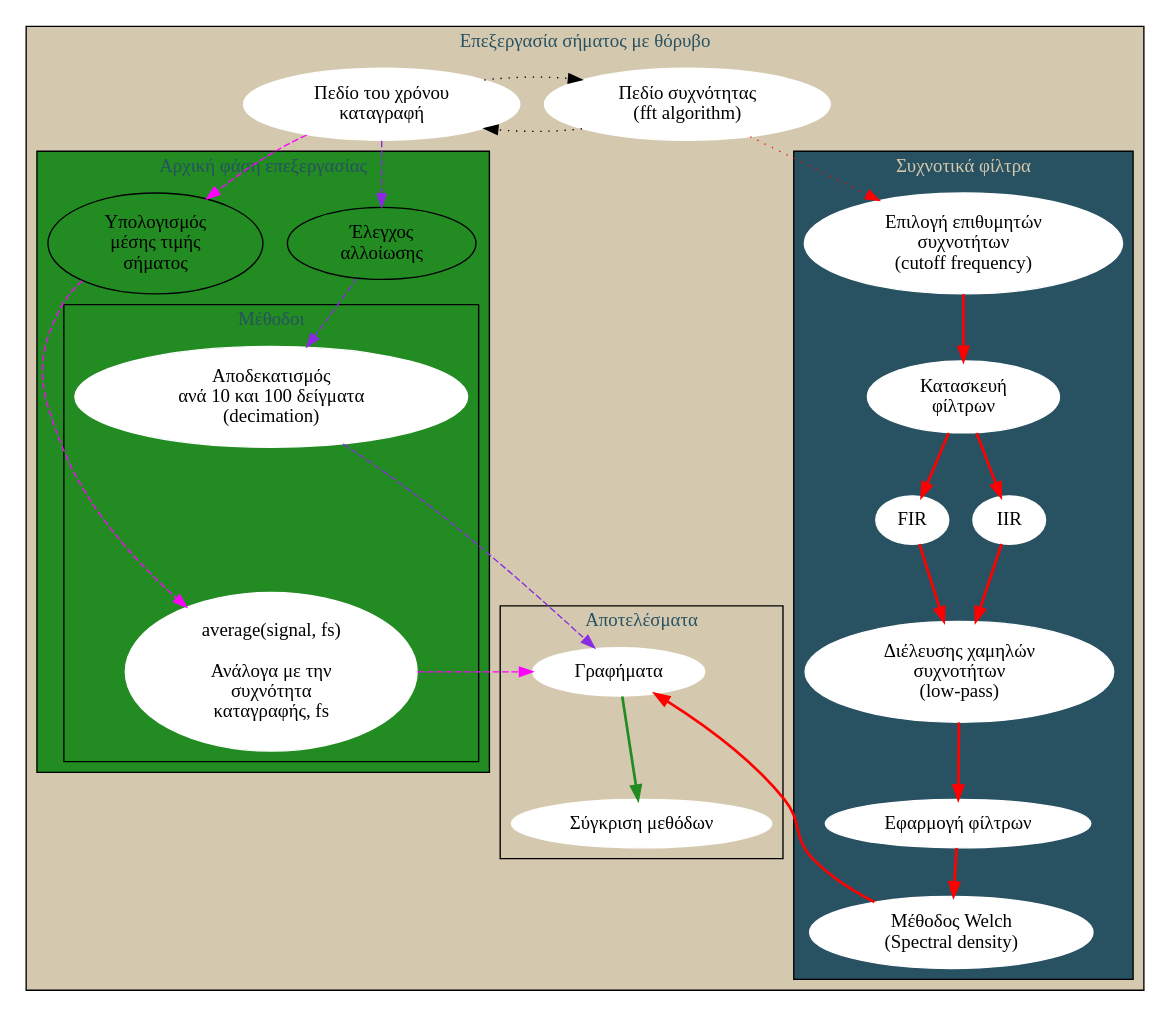
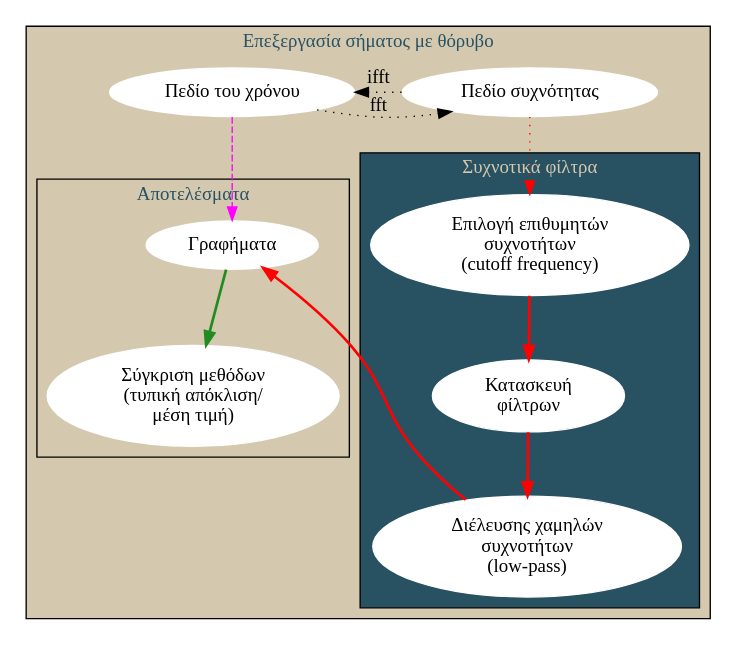
The third of 3 diagrams in diss-docs/main_doc/main_doc.org (hmu-mech-npap/diss.tn.doc), drawn with Graphviz before and after one commit. The commit also changed other lines of this file and 3 other files, not shown here.

```diff
--- a/diss-docs/main_doc/main_doc.org
+++ b/diss-docs/main_doc/main_doc.org
@@ -1467,8 +1467,8 @@
     compound=true;
     // root of operations
     // filt [label="Απομείωση θορυβου"]
-    aliasing [label="Έλεγχος \n αλλοίωσης"]
-    averg [label="Υπολογισμός \n μέσης τιμής \n σήματος"]
+    //  aliasing [label="Έλεγχος \n αλλοίωσης"]
+    //  averg [label="Υπολογισμός \n μέσης τιμής \n σήματος"]
 
     //clusters for clarity
     subgraph cluster_0{
@@ -1485,15 +1485,15 @@
             style=filled;
             fillcolor=forestgreen;
             node[style=filled; color=white];
-            aliasing;
-            averg;
+            // aliasing;
+            // averg;
             label= "Αρχική φάση επεξεργασίας"
 
-            subgraph cluster_3{
-                avrged;
-                decimop;
-                label="Μέθοδοι";
-            }
+            // subgraph cluster_3{
+            //     avrged;
+            //     decimop;
+            //     label="Μέθοδοι";
+            // }
         }
         subgraph cluster_2{
             fontcolor="#D4C9AF";
@@ -1502,10 +1502,10 @@
             node[style=filled; color=white];
             choosfilt;
             filterconst;
-            fir;
-            iir;
-            apply;
-            welch;
+            // fir;
+            // iir;
+            // apply;
+            // welch;
             filt_type;
             label= "Συχνοτικά φίλτρα";
         }
@@ -1515,52 +1515,53 @@
         }
     }
     {rank=same; fftmethod; timedom;}
-    {rank=same; aliasing; averg; choosfilt;}
-    {rank=same; graphs; avrged; filt_type;}
-    {rank=same; filterconst; decimop;}
+    // {rank=same; aliasing; averg; choosfilt;}
+    {rank=same; graphs; choosfilt;}
+    // {rank=same; filterconst; decimop;}  avrged;
     // filter related
-    fir [label="FIR"]
-    iir [label="IIR"]
-    apply [label="Εφαρμογή φίλτρων"]
+    // fir [label="FIR"]
+    // iir [label="IIR"]
+    // apply [label="Εφαρμογή φίλτρων"]
     filterconst [label="Κατασκευή \n φίλτρων"]
     filt_type [label="Διέλευσης χαμηλών \n συχνοτήτων \n (low-pass)"]
 
     // aliasing
-    decimop [label="Αποδεκατισμός \n ανά 10 και 100 δείγματα \n (decimation)"]
-    timedom [label="Πεδίο του χρόνου \n καταγραφή"]
+    // decimop [label="Αποδεκατισμός \n ανά 10 και 100 δείγματα \n (decimation)"]
+    timedom [label="Πεδίο του χρόνου"]
 
     //general bubbles
     graphs [label="Γραφήματα"]
-    fftmethod [label= "Πεδίο συχνότητας \n (fft algorithm)" ]
+    fftmethod [label= "Πεδίο συχνότητας" ]
     choosfilt [label="Επιλογή επιθυμητών \n συχνοτήτων \n(cutoff frequency)"]
-    results [label="Σύγκριση μεθόδων"]
-    avrged [label="average(signal, fs) \n \n Ανάλογα με την \n συχνότητα \n καταγραφής, fs"]
-    welch [label="Μέθοδος Welch \n (Spectral density)"]
+    results [label="Σύγκριση μεθόδων \n(τυπική απόκλιση/\nμέση τιμή)"]
+    // avrged [label="average(signal, fs) \n \n Ανάλογα με την \n συχνότητα \n καταγραφής, fs"]
+    // welch [label="Μέθοδος Welch \n (Spectral density)"]
     // start the graph at last 🫠
-    fftmethod -> timedom -> fftmethod[style=dotted,];
+    fftmethod -> timedom[style=dotted, label="ifft"];
+    timedom -> fftmethod[style=dotted, label="fft"];
     // filtering path
     choosfilt ->
     filterconst [color=red, style=bold];
 
-    filterconst -> {fir iir} ->
+    filterconst ->
     filt_type ->
-    apply ->
-    welch ->
+    // apply ->
+    // welch ->
     graphs [style=bold, color=red]
 
     // aliasing path
-    timedom ->
-    aliasing ->
-    decimop ->
-    // apply ->
-    graphs[color=blueviolet , style=dashed]
+    // timedom ->
+    // // aliasing ->
+    // // decimop ->
+    // // apply ->
+    // graphs[color=blueviolet , style=dashed]
     fftmethod ->
     choosfilt[color=red, style=dotted];
 
     // aliasing path
     timedom ->
-    averg ->
-    avrged ->
+    // averg ->
+    // avrged ->
     // apply ->
     graphs [color=magenta, style=dashed, ]
 
```
